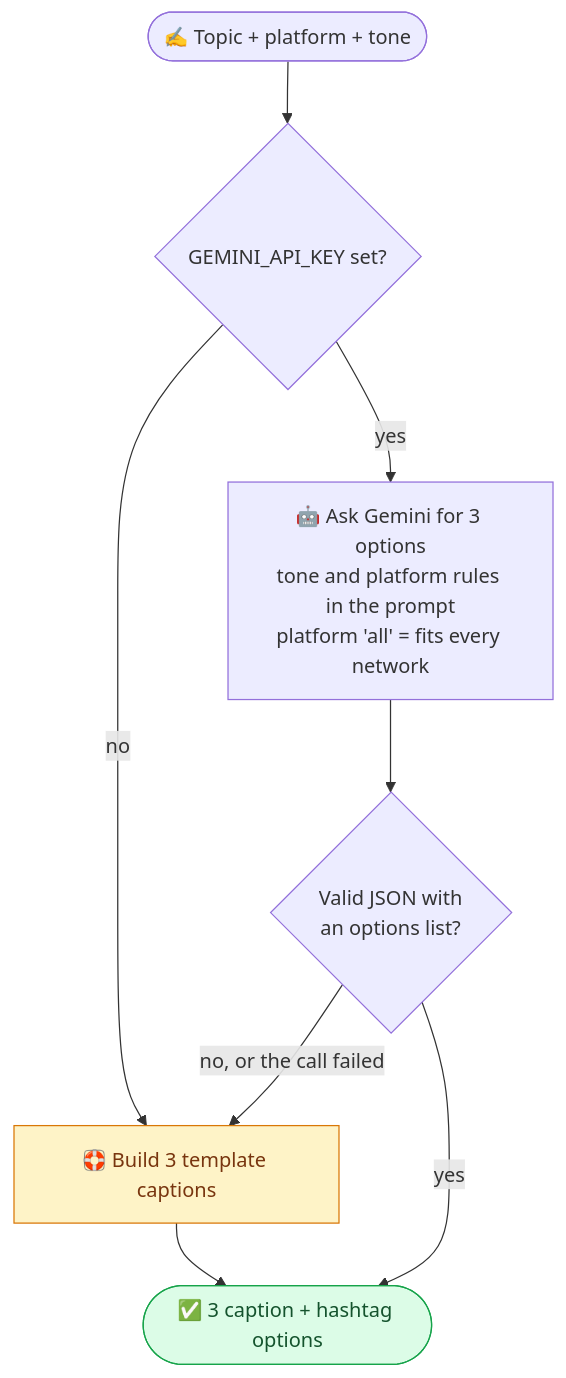
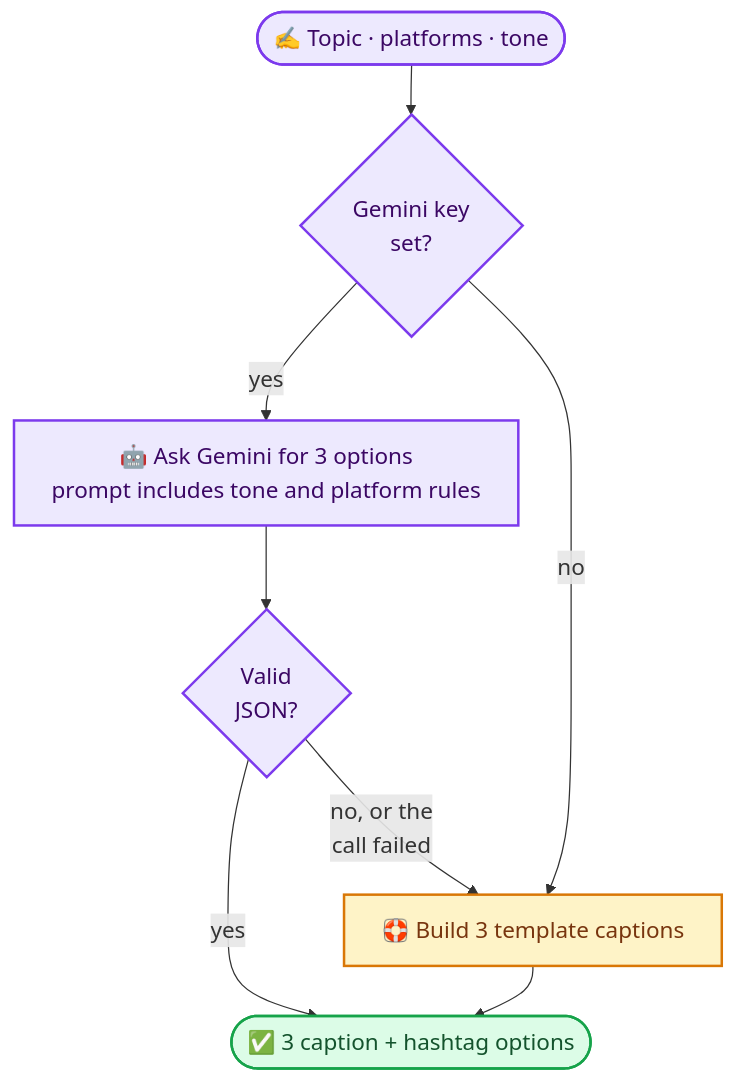
One commit to anurag-joshi-1403/Social_Sync_Webapp changed the fifth of 12 diagrams in README.md. Above: the diagram before and after it, drawn with Mermaid. The commit also changed other lines of this file, not shown here.

Commit message:
docs: update README to enhance architecture and system overview sections

````diff
--- a/README.md
+++ b/README.md
@@ -250,15 +295,18 @@
 ```mermaid
+%%{init: {"themeVariables": {"fontSize": "18px"}, "flowchart": {"wrappingWidth": 360, "nodeSpacing": 40, "rankSpacing": 40}}}%%
 flowchart TD
-    S(["✍️ Topic + platform + tone"]) --> K{"GEMINI_API_KEY set?"}
+    S(["✍️ Topic · platforms · tone"]) --> K{"Gemini key<br/>set?"}
+    K -- "yes" --> G["🤖 Ask Gemini for 3 options<br/>prompt includes tone and platform rules"]
     K -- "no" --> FB["🛟 Build 3 template captions"]
-    K -- "yes" --> G["🤖 Ask Gemini for 3 options<br/>tone and platform rules in the prompt<br/>platform 'all' = fits every network"]
-    G --> J{"Valid JSON with<br/>an options list?"}
-    J -- "no, or the call failed" --> FB
+    G --> J{"Valid<br/>JSON?"}
     J -- "yes" --> OK(["✅ 3 caption + hashtag options"])
+    J -- "no, or the<br/>call failed" --> FB
     FB --> OK
 
-    classDef ok fill:#DCFCE7,stroke:#16A34A,color:#14532D
-    classDef warn fill:#FEF3C7,stroke:#D97706,color:#78350F
+    classDef step fill:#EDE9FE,stroke:#7C3AED,stroke-width:2px,color:#3B0764
+    classDef ok fill:#DCFCE7,stroke:#16A34A,stroke-width:2px,color:#14532D
+    classDef warn fill:#FEF3C7,stroke:#D97706,stroke-width:2px,color:#78350F
+    class S,K,G,J step
     class OK ok
     class FB warn
 ```
````
